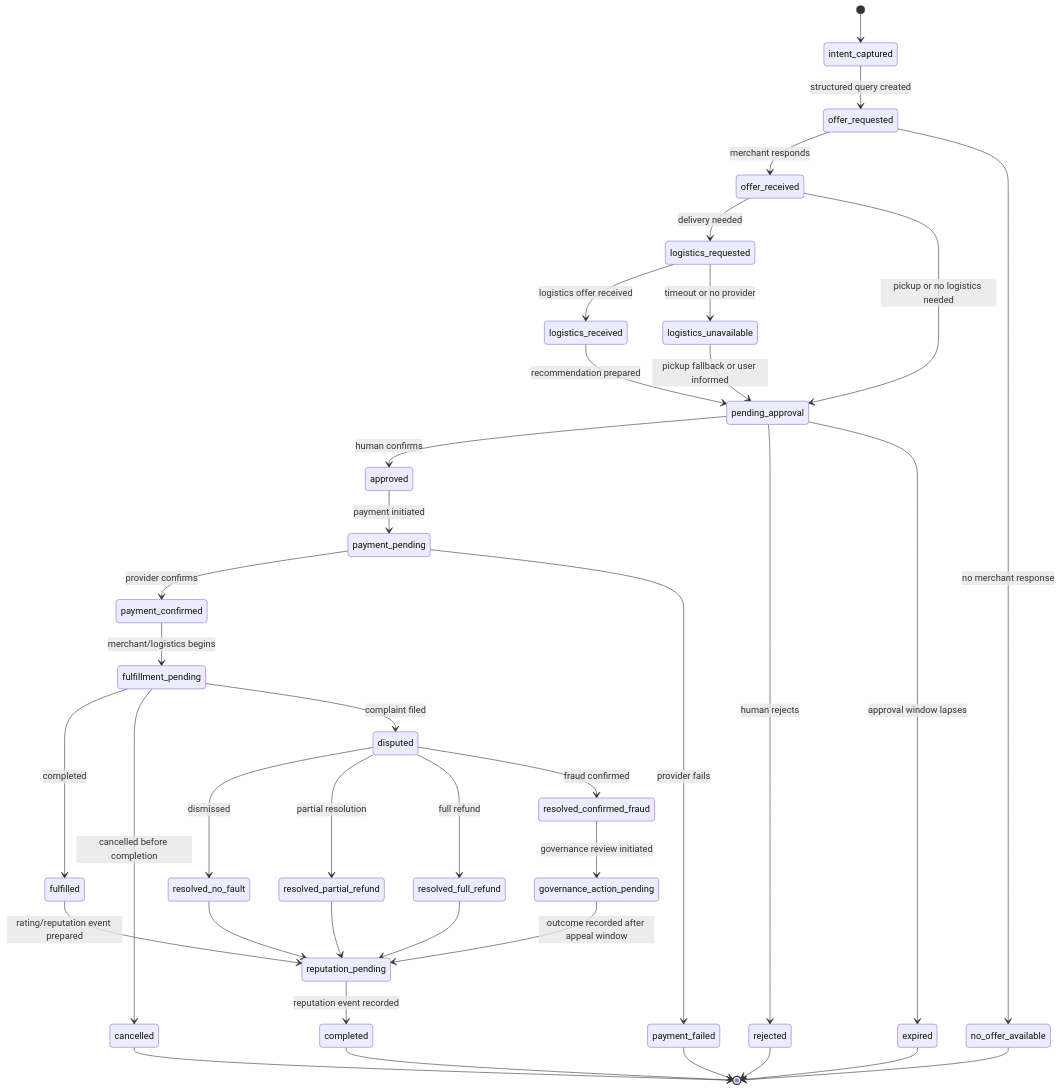
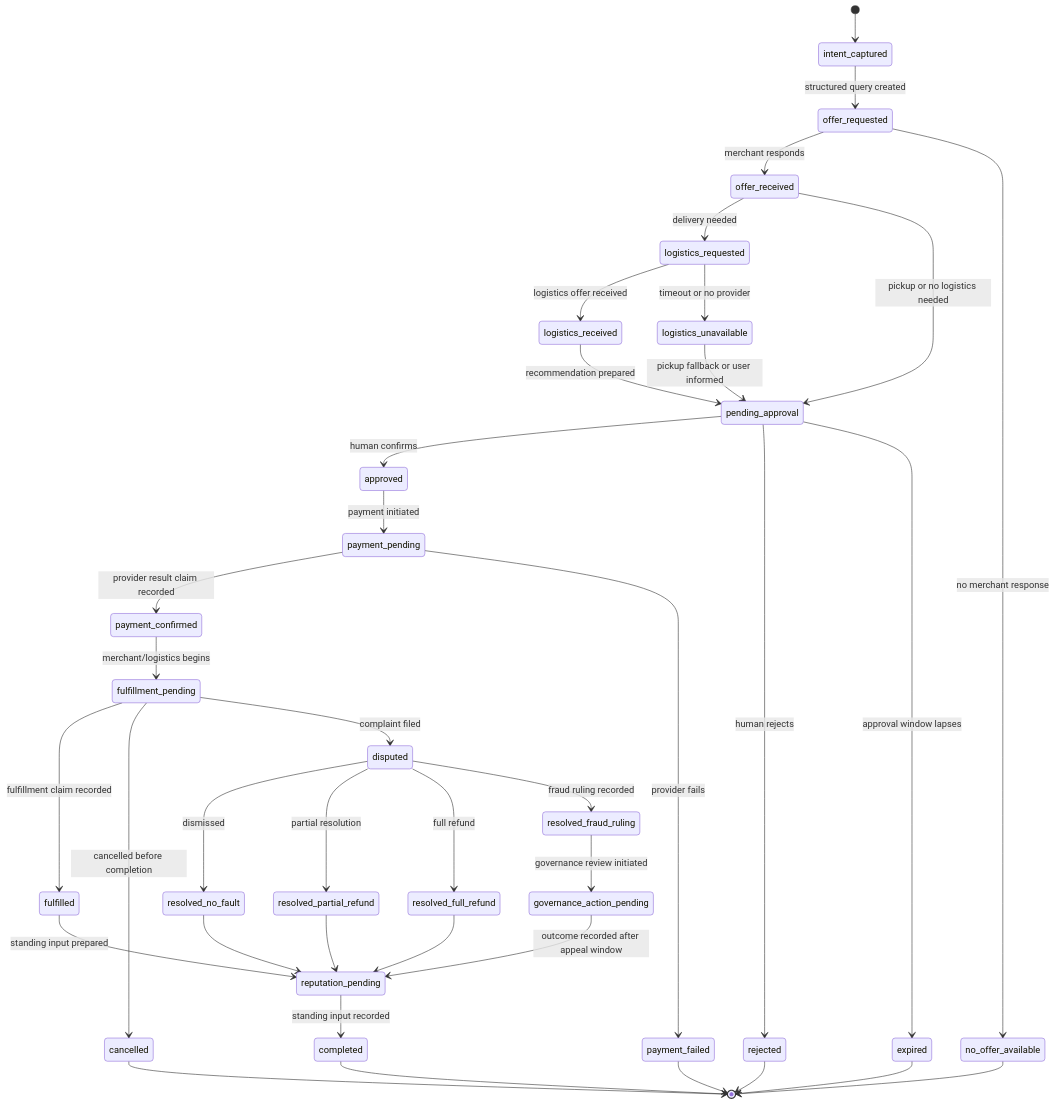
Before and after one commit to shuu-beep/arc-protocol: the first of 2 diagrams in docs/protocol.md, drawn with Mermaid. The commit also changed other lines of this file and 82 other files, not shown here.

````diff
--- a/docs/protocol.md
+++ b/docs/protocol.md
@@ -41,40 +41,40 @@
 ```mermaid
 stateDiagram-v2
     [*] --> intent_captured
     intent_captured --> offer_requested: structured query created
     offer_requested --> offer_received: merchant responds
     offer_requested --> no_offer_available: no merchant response
     offer_received --> logistics_requested: delivery needed
     offer_received --> pending_approval: pickup or no logistics needed
     logistics_requested --> logistics_received: logistics offer received
     logistics_requested --> logistics_unavailable: timeout or no provider
     logistics_unavailable --> pending_approval: pickup fallback or user informed
     logistics_received --> pending_approval: recommendation prepared
     pending_approval --> approved: human confirms
     pending_approval --> rejected: human rejects
     pending_approval --> expired: approval window lapses
     approved --> payment_pending: payment initiated
-    payment_pending --> payment_confirmed: provider confirms
+    payment_pending --> payment_confirmed: provider result claim recorded
     payment_pending --> payment_failed: provider fails
     payment_confirmed --> fulfillment_pending: merchant/logistics begins
-    fulfillment_pending --> fulfilled: completed
+    fulfillment_pending --> fulfilled: fulfillment claim recorded
     fulfillment_pending --> cancelled: cancelled before completion
     fulfillment_pending --> disputed: complaint filed
-    fulfilled --> reputation_pending: rating/reputation event prepared
-    reputation_pending --> completed: reputation event recorded
+    fulfilled --> reputation_pending: standing input prepared
+    reputation_pending --> completed: standing input recorded
     disputed --> resolved_no_fault: dismissed
     disputed --> resolved_partial_refund: partial resolution
     disputed --> resolved_full_refund: full refund
-    disputed --> resolved_confirmed_fraud: fraud confirmed
+    disputed --> resolved_fraud_ruling: fraud ruling recorded
     resolved_no_fault --> reputation_pending
     resolved_partial_refund --> reputation_pending
     resolved_full_refund --> reputation_pending
-    resolved_confirmed_fraud --> governance_action_pending: governance review initiated
+    resolved_fraud_ruling --> governance_action_pending: governance review initiated
     governance_action_pending --> reputation_pending: outcome recorded after appeal window
     completed --> [*]
     rejected --> [*]
     expired --> [*]
     no_offer_available --> [*]
     payment_failed --> [*]
     cancelled --> [*]
 ```
````
